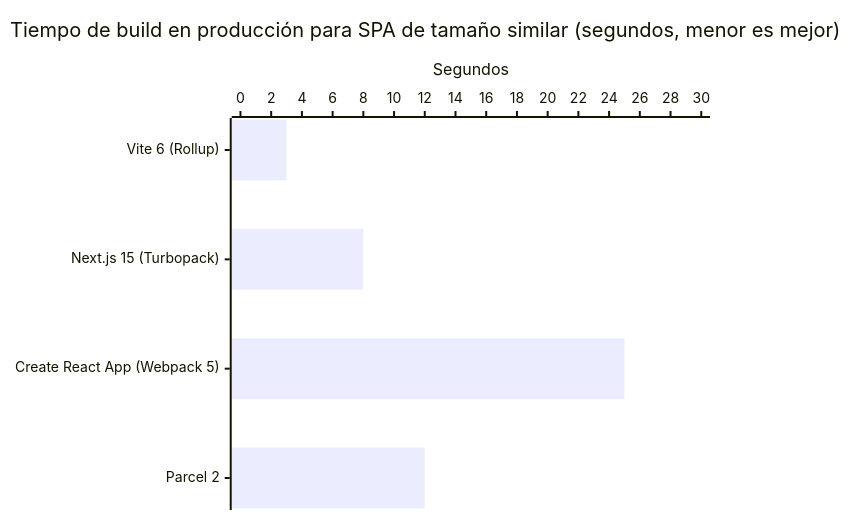
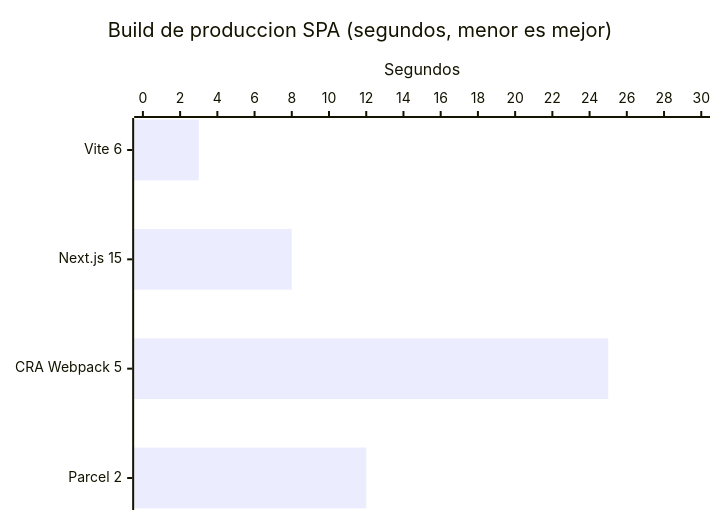
The tenth of 19 diagrams in README.md (gmeono94/nua-salud-panel), drawn with Mermaid before and after one commit. The commit also changed other lines of this file, not shown here.

First line of the commit message:
fix: shorten Mermaid labels, fix 5→8 metrics text, rework team scaling

````diff
--- a/README.md
+++ b/README.md
@@ -540,7 +540,7 @@
 ```mermaid
 xychart-beta horizontal
-    title "Tiempo de build en producción para SPA de tamaño similar (segundos, menor es mejor)"
-    x-axis ["Vite 6 (Rollup)", "Next.js 15 (Turbopack)", "Create React App (Webpack 5)", "Parcel 2"]
+    title "Build de produccion SPA (segundos, menor es mejor)"
+    x-axis ["Vite 6", "Next.js 15", "CRA Webpack 5", "Parcel 2"]
     y-axis "Segundos" 0 --> 30
     bar [3, 8, 25, 12]
 ```
````
